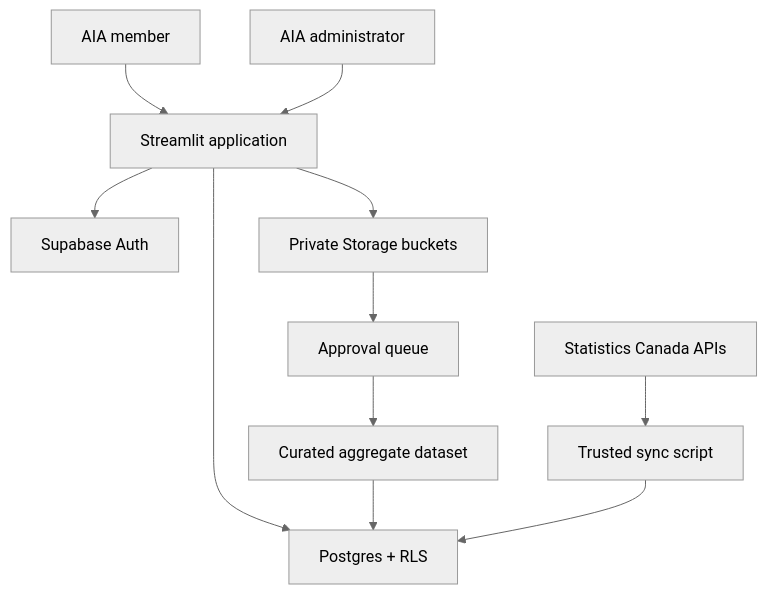
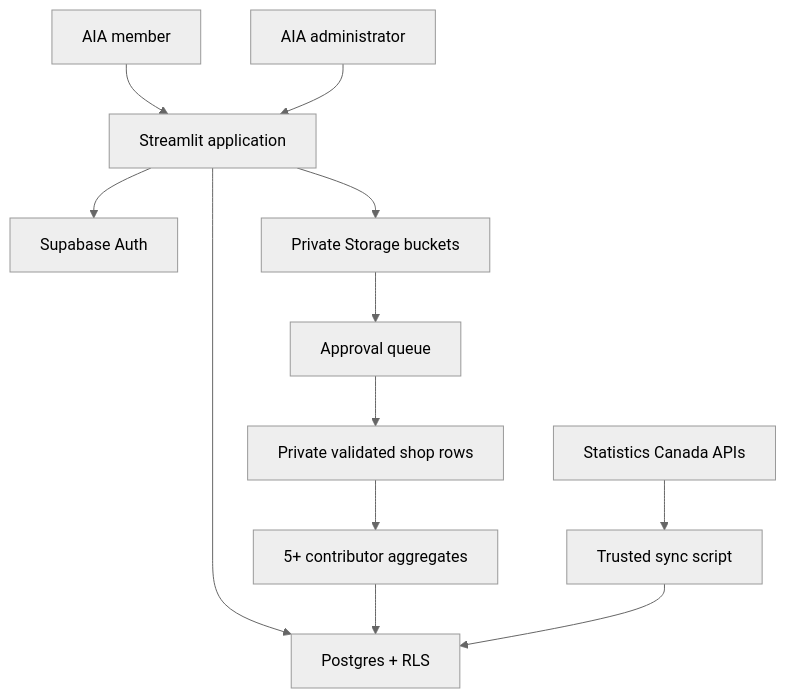
Before and after one commit to bbeehler/AIA-CANADA-PORTAL: the diagram in docs/ARCHITECTURE.md, drawn with Mermaid (neutral theme). The commit also changed other lines of this file and 7 other files, not shown here.

````diff
--- a/docs/ARCHITECTURE.md
+++ b/docs/ARCHITECTURE.md
@@ -3,13 +3,14 @@
 ```mermaid
 flowchart TD
   U["AIA member"] --> S["Streamlit application"]
   A["AIA administrator"] --> S
   S --> AU["Supabase Auth"]
   S --> DB["Postgres + RLS"]
   S --> ST["Private Storage buckets"]
   ST --> Q["Approval queue"]
-  Q --> C["Curated aggregate dataset"]
+  Q --> R["Private validated shop rows"]
+  R --> C["5+ contributor aggregates"]
   C --> DB
   SC["Statistics Canada APIs"] --> OP["Trusted sync script"]
   OP --> DB
 ```
````
